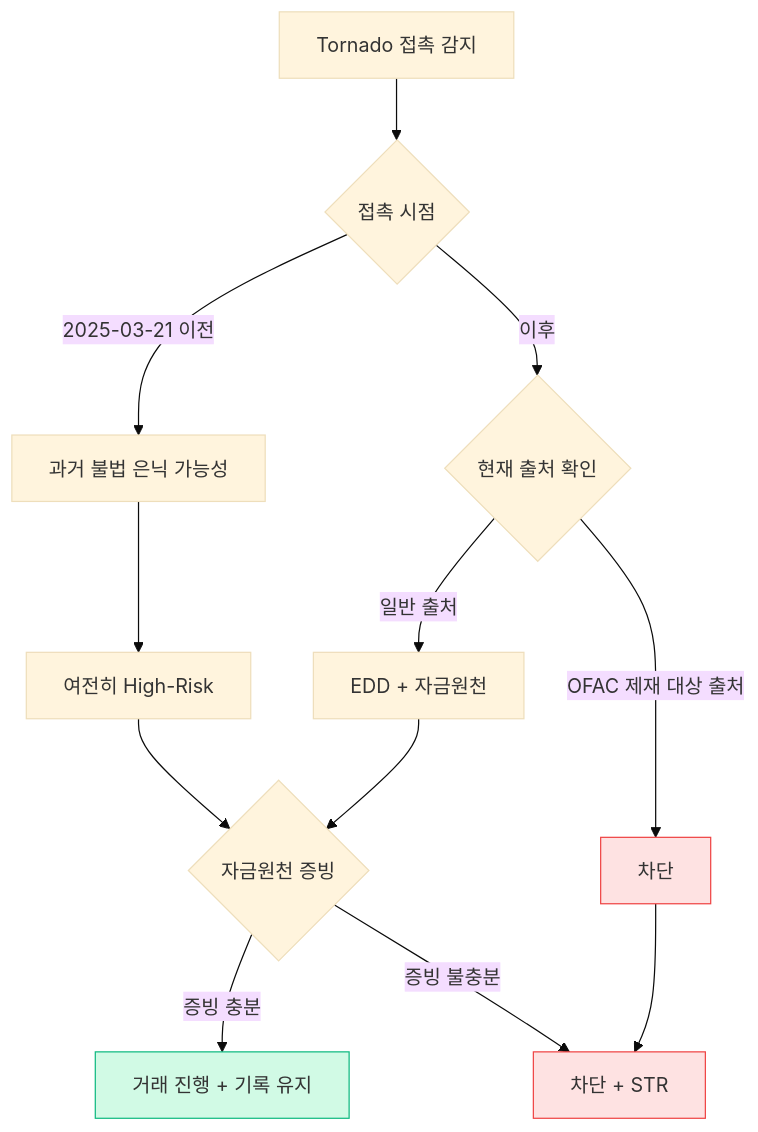
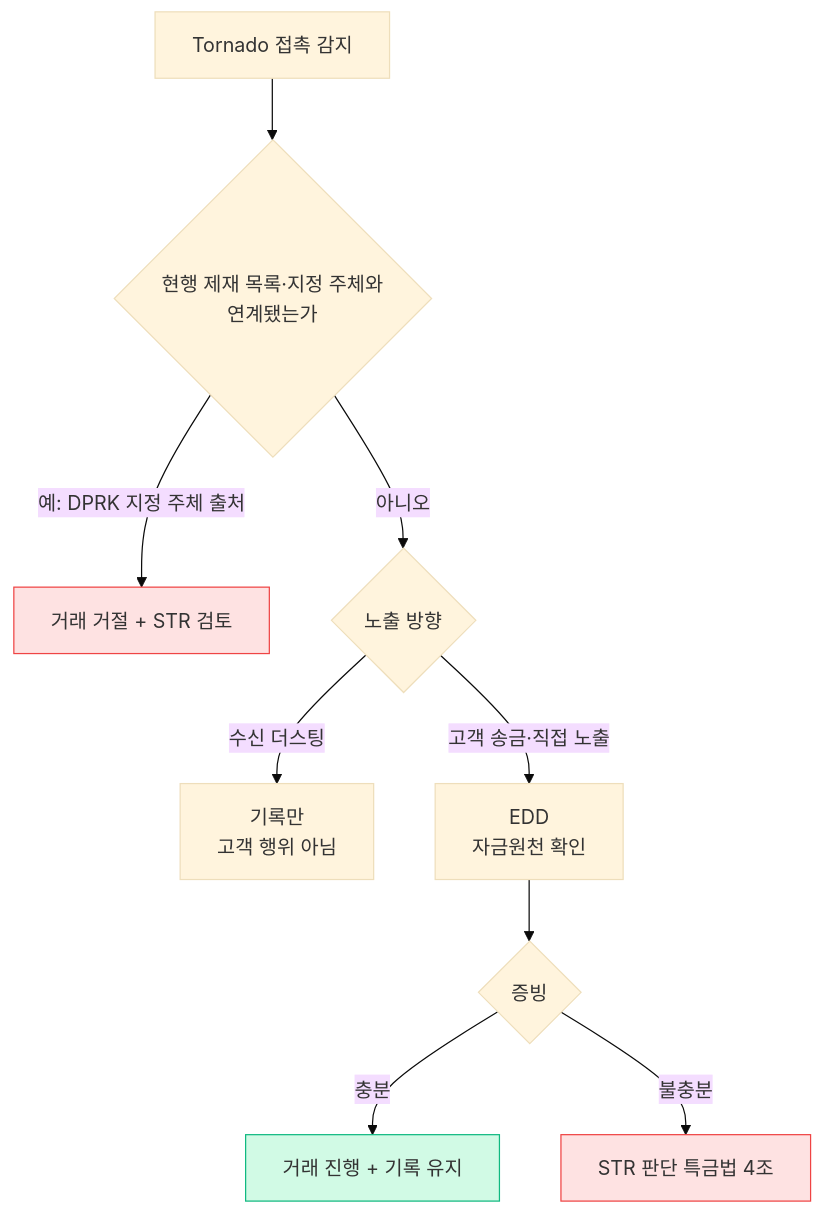
One commit to lala-david/aml-notes changed the third of 3 diagrams in curriculum/day_51.md. Above: the diagram before and after it, drawn with Mermaid (base theme). The commit also changed other lines of this file and 233 other files, not shown here.

````diff
--- a/curriculum/day_51.md
+++ b/curriculum/day_51.md
@@ -110,17 +99,14 @@
 ```mermaid
 flowchart TD
-    A[Tornado 접촉 감지] --> B{접촉 시점}
-    B -->|2025-03-21 이전| C[과거 불법 은닉 가능성]
-    B -->|이후| D{현재 출처 확인}
-    C --> E[여전히 High-Risk]
-    D -->|OFAC 제재 대상 출처| F[차단]
-    D -->|일반 출처| G[EDD + 자금원천]
-    E --> H{자금원천 증빙}
-    G --> H
-    H -->|증빙 충분| I[거래 진행 + 기록 유지]
-    H -->|증빙 불충분| J[차단 + STR]
-    F --> J
+    A["Tornado 접촉 감지"] --> B{"현행 제재 목록·지정 주체와<br/>연계됐는가"}
+    B -->|"예: DPRK 지정 주체 출처"| F["거래 거절 + STR 검토"]
+    B -->|"아니오"| C{"노출 방향"}
+    C -->|"수신 더스팅"| G["기록만<br/>고객 행위 아님"]
+    C -->|"고객 송금·직접 노출"| H["EDD<br/>자금원천 확인"]
+    H --> I{"증빙"}
+    I -->|"충분"| J["거래 진행 + 기록 유지"]
+    I -->|"불충분"| K["STR 판단 특금법 4조"]
     style F fill:#fee2e2,stroke:#ef4444
-    style J fill:#fee2e2,stroke:#ef4444
-    style I fill:#d1fae5,stroke:#10b981
+    style K fill:#fee2e2,stroke:#ef4444
+    style J fill:#d1fae5,stroke:#10b981
 ```
````
